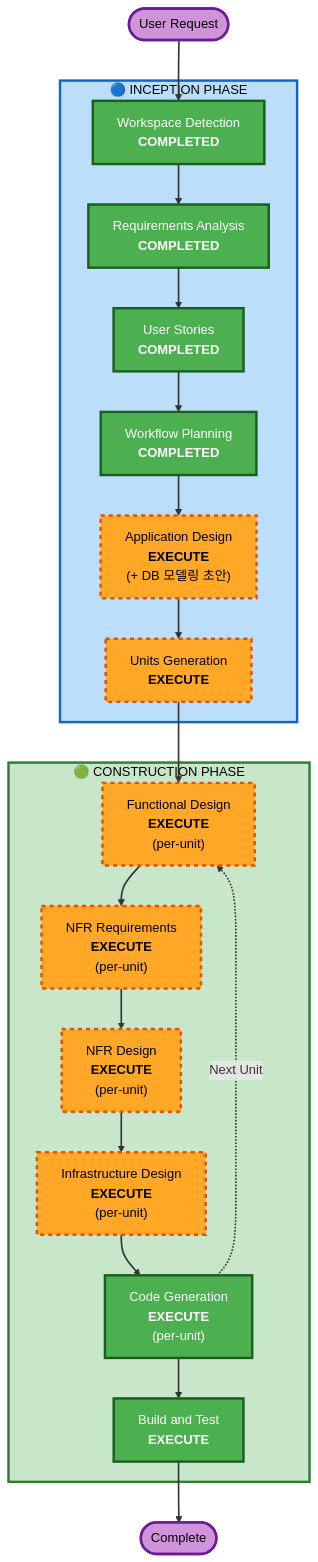
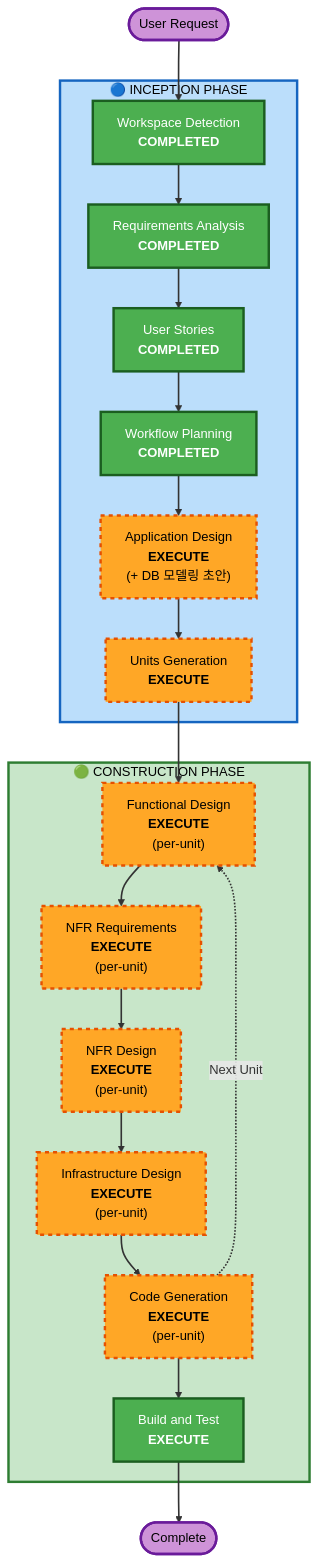
Before and after one commit to eland-leekyungmu/helpdesk-ai: the diagram in aidlc-docs/inception/plans/execution-plan.md, drawn with Mermaid. The commit also changed 34 other files, not shown here.

````diff
--- a/aidlc-docs/inception/plans/execution-plan.md
+++ b/aidlc-docs/inception/plans/execution-plan.md
@@ -21,56 +21,56 @@
 ```mermaid
 flowchart TD
     Start(["User Request"])
     
     subgraph INCEPTION["🔵 INCEPTION PHASE"]
         WD["Workspace Detection<br/><b>COMPLETED</b>"]
         RA["Requirements Analysis<br/><b>COMPLETED</b>"]
         US["User Stories<br/><b>COMPLETED</b>"]
         WP["Workflow Planning<br/><b>COMPLETED</b>"]
         AD["Application Design<br/><b>EXECUTE</b><br/>(+ DB 모델링 초안)"]
         UG["Units Generation<br/><b>EXECUTE</b>"]
     end
     
     subgraph CONSTRUCTION["🟢 CONSTRUCTION PHASE"]
         FD["Functional Design<br/><b>EXECUTE</b><br/>(per-unit)"]
         NFRA["NFR Requirements<br/><b>EXECUTE</b><br/>(per-unit)"]
         NFRD["NFR Design<br/><b>EXECUTE</b><br/>(per-unit)"]
         ID["Infrastructure Design<br/><b>EXECUTE</b><br/>(per-unit)"]
         CG["Code Generation<br/><b>EXECUTE</b><br/>(per-unit)"]
         BT["Build and Test<br/><b>EXECUTE</b>"]
     end
     
     Start --> WD
     WD --> RA
     RA --> US
     US --> WP
     WP --> AD
     AD --> UG
     UG --> FD
     FD --> NFRA
     NFRA --> NFRD
     NFRD --> ID
     ID --> CG
     CG -.->|Next Unit| FD
     CG --> BT
     BT --> End(["Complete"])
     
     style WD fill:#4CAF50,stroke:#1B5E20,stroke-width:3px,color:#fff
     style RA fill:#4CAF50,stroke:#1B5E20,stroke-width:3px,color:#fff
     style US fill:#4CAF50,stroke:#1B5E20,stroke-width:3px,color:#fff
     style WP fill:#4CAF50,stroke:#1B5E20,stroke-width:3px,color:#fff
     style AD fill:#FFA726,stroke:#E65100,stroke-width:3px,stroke-dasharray: 5 5,color:#000
     style UG fill:#FFA726,stroke:#E65100,stroke-width:3px,stroke-dasharray: 5 5,color:#000
     style FD fill:#FFA726,stroke:#E65100,stroke-width:3px,stroke-dasharray: 5 5,color:#000
     style NFRA fill:#FFA726,stroke:#E65100,stroke-width:3px,stroke-dasharray: 5 5,color:#000
     style NFRD fill:#FFA726,stroke:#E65100,stroke-width:3px,stroke-dasharray: 5 5,color:#000
     style ID fill:#FFA726,stroke:#E65100,stroke-width:3px,stroke-dasharray: 5 5,color:#000
-    style CG fill:#4CAF50,stroke:#1B5E20,stroke-width:3px,color:#fff
+    style CG fill:#FFA726,stroke:#E65100,stroke-width:3px,stroke-dasharray: 5 5,color:#000
     style BT fill:#4CAF50,stroke:#1B5E20,stroke-width:3px,color:#fff
     style INCEPTION fill:#BBDEFB,stroke:#1565C0,stroke-width:3px,color:#000
     style CONSTRUCTION fill:#C8E6C9,stroke:#2E7D32,stroke-width:3px,color:#000
     style Start fill:#CE93D8,stroke:#6A1B9A,stroke-width:3px,color:#000
     style End fill:#CE93D8,stroke:#6A1B9A,stroke-width:3px,color:#000
     
     linkStyle default stroke:#333,stroke-width:2px
 ```
````
